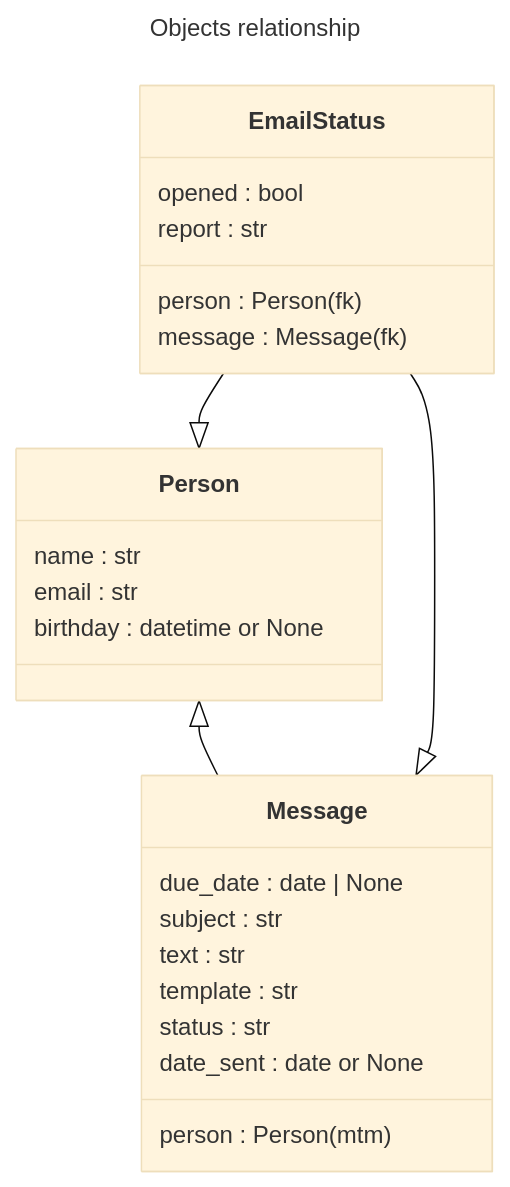
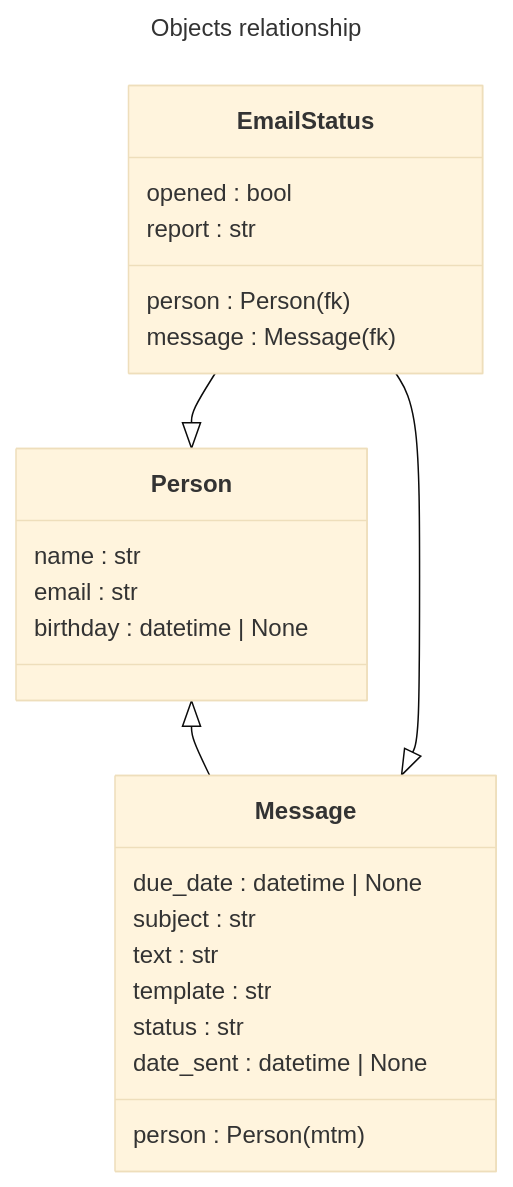
Before and after one commit to DeoTalix/Nebula: the diagram in README.md, drawn with Mermaid (base theme). The commit also changed other lines of this file and 1 other file, not shown here.

````diff
--- a/README.md
+++ b/README.md
@@ -20,31 +37,31 @@
 ```mermaid
 ---
 title: Objects relationship
 ---
 classDiagram
     Person <|-- Message
     EmailStatus --|> Person
     EmailStatus --|> Message
     
 
     class Message {
         person    : Person (mtm)
-        due_date  : date | None
+        due_date  : datetime | None
         subject   : str         
         text      : str         
         template  : str         
         status    : str         
-        date_sent : date or None
+        date_sent : datetime | None
     }
     class Person {
         name      : str
         email     : str
-        birthday  : datetime or None
+        birthday  : datetime | None
     }
     class EmailStatus {
         person    : Person (fk)
         message   : Message (fk)
         opened    : bool
         report    : str
     }
 ```
````
